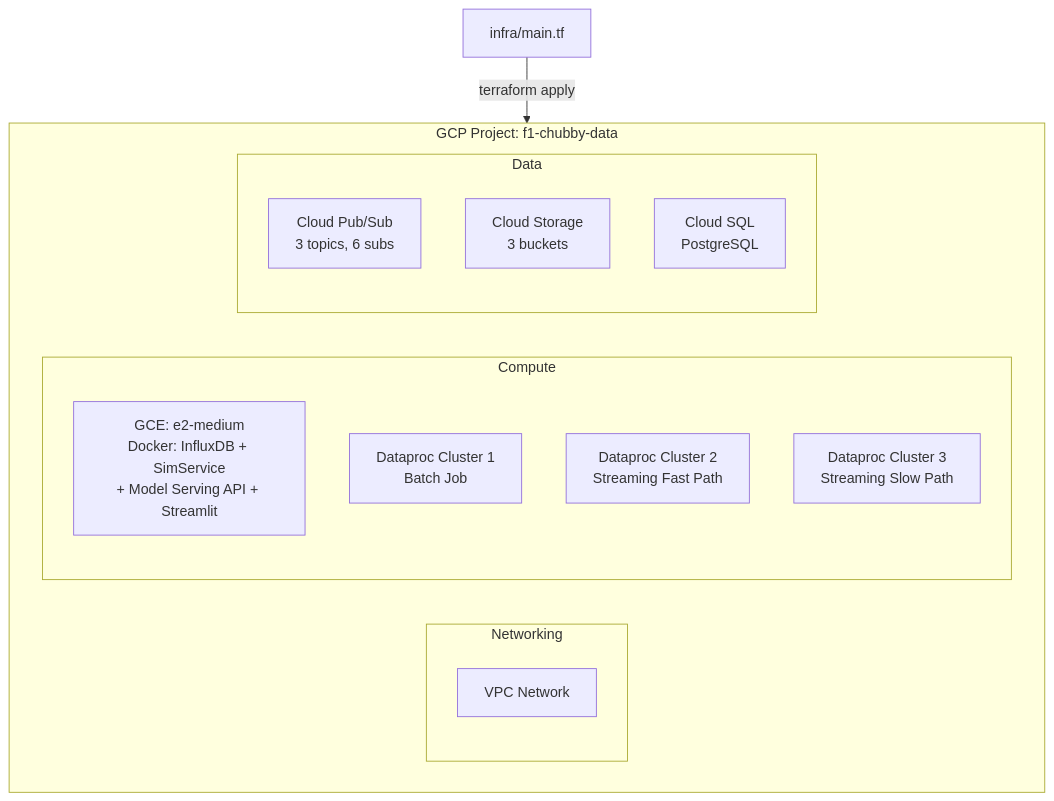
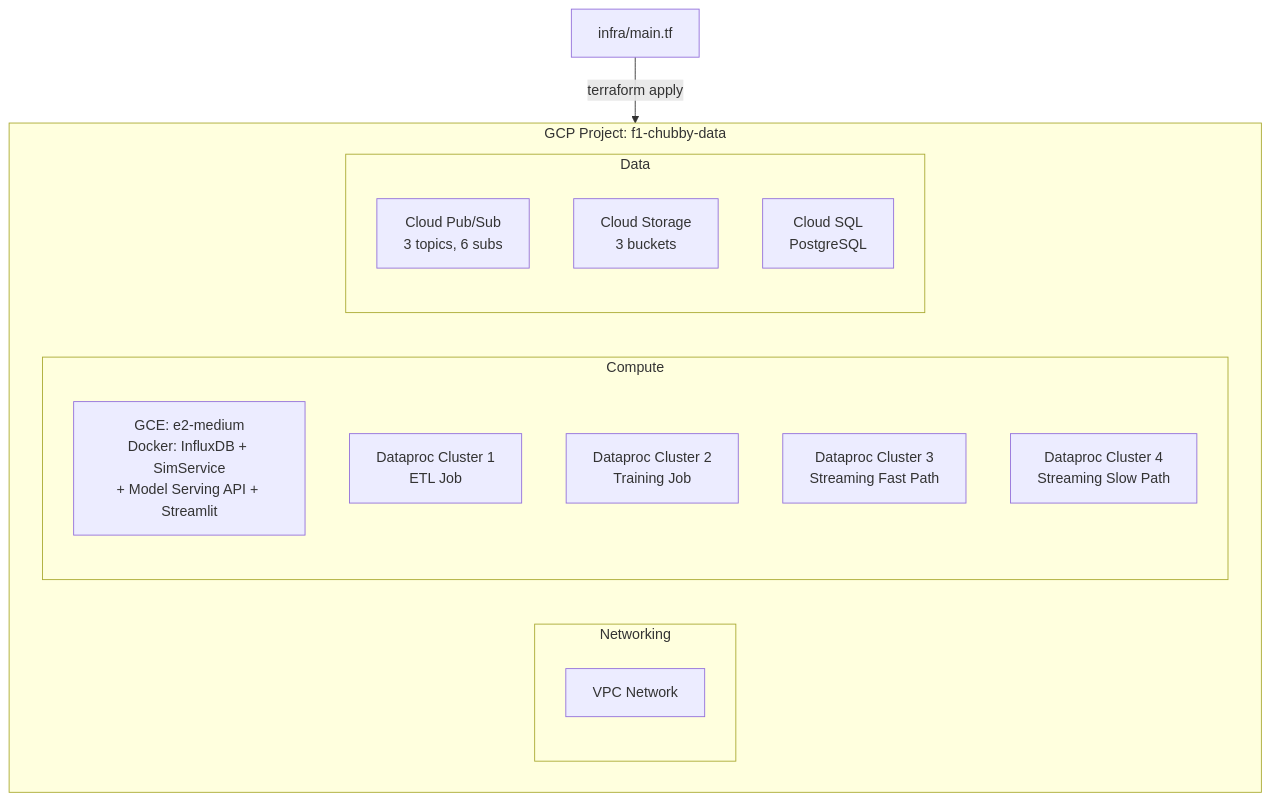
Before and after one commit to nmk-k66-uet/F1-Chubby-Data: the ninth of 11 diagrams in revised_plan.md, drawn with Mermaid. The commit also changed other lines of this file and 2 other files, not shown here.

````diff
--- a/revised_plan.md
+++ b/revised_plan.md
@@ -542,23 +540,24 @@
 ```mermaid
 flowchart TD
     subgraph GCP ["GCP Project: f1-chubby-data"]
         subgraph Networking
             VPC[VPC Network]
         end
 
         subgraph Compute
             VM[GCE: e2-medium<br/>Docker: InfluxDB + SimService<br/>+ Model Serving API + Streamlit]
-            DP_BATCH[Dataproc Cluster 1<br/>Batch Job]
-            DP_FAST[Dataproc Cluster 2<br/>Streaming Fast Path]
-            DP_SLOW[Dataproc Cluster 3<br/>Streaming Slow Path]
+            DP_ETL[Dataproc Cluster 1<br/>ETL Job]
+            DP_TRAIN[Dataproc Cluster 2<br/>Training Job]
+            DP_FAST[Dataproc Cluster 3<br/>Streaming Fast Path]
+            DP_SLOW[Dataproc Cluster 4<br/>Streaming Slow Path]
         end
 
         subgraph Data
             PS[Cloud Pub/Sub<br/>3 topics, 6 subs]
             GCS[Cloud Storage<br/>3 buckets]
             CSQL[Cloud SQL<br/>PostgreSQL]
         end
     end
 
     TF[infra/main.tf] -->|terraform apply| GCP
 ```
````
